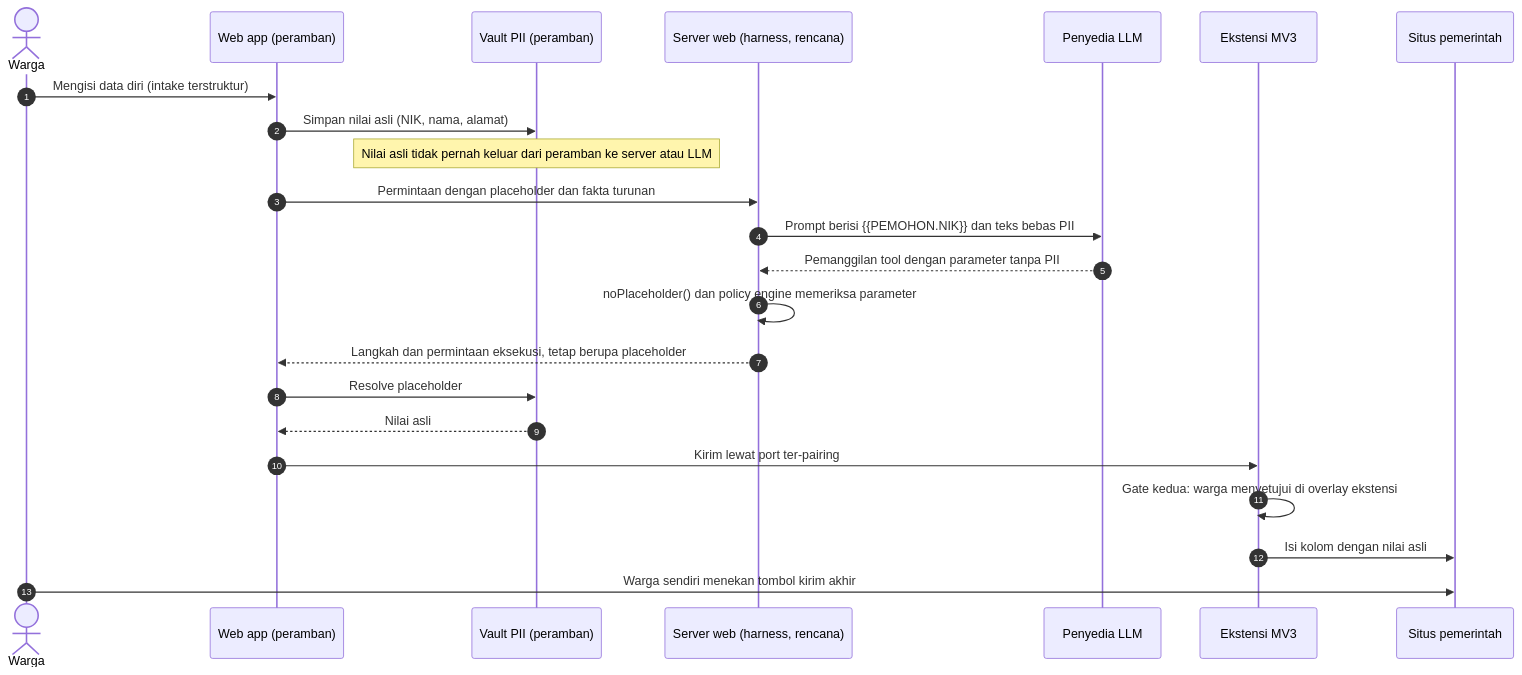
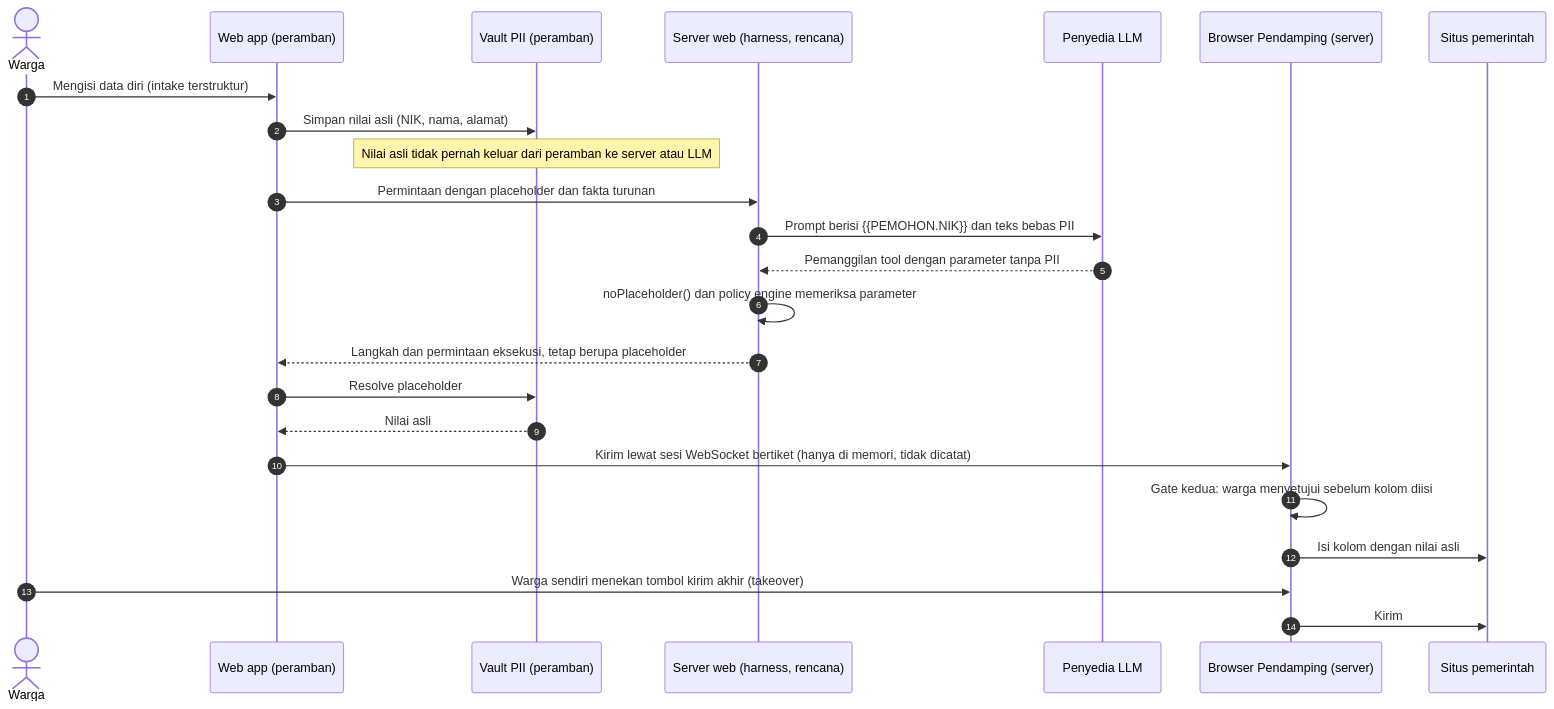
The third of 3 diagrams in docs/arsitektur.md (bynguts/urusin), drawn with Mermaid before and after one commit. The commit also changed other lines of this file and 59 other files, not shown here.

First line of the commit message:
chore: remove chrome extension (replaced by browser pendamping)

````diff
--- a/docs/arsitektur.md
+++ b/docs/arsitektur.md
@@ -98,26 +97,27 @@
 ```mermaid
 sequenceDiagram
   autonumber
   actor W as Warga
   participant UI as Web app (peramban)
   participant V as Vault PII (peramban)
   participant S as Server web (harness, rencana)
   participant L as Penyedia LLM
-  participant E as Ekstensi MV3
+  participant E as Browser Pendamping (server)
   participant G as Situs pemerintah
 
   W->>UI: Mengisi data diri (intake terstruktur)
   UI->>V: Simpan nilai asli (NIK, nama, alamat)
   Note over V: Nilai asli tidak pernah keluar dari peramban ke server atau LLM
   UI->>S: Permintaan dengan placeholder dan fakta turunan
   S->>L: Prompt berisi {{PEMOHON.NIK}} dan teks bebas PII
   L-->>S: Pemanggilan tool dengan parameter tanpa PII
   S->>S: noPlaceholder() dan policy engine memeriksa parameter
   S-->>UI: Langkah dan permintaan eksekusi, tetap berupa placeholder
   UI->>V: Resolve placeholder
   V-->>UI: Nilai asli
-  UI->>E: Kirim lewat port ter-pairing
-  E->>E: Gate kedua: warga menyetujui di overlay ekstensi
+  UI->>E: Kirim lewat sesi WebSocket bertiket (hanya di memori, tidak dicatat)
+  E->>E: Gate kedua: warga menyetujui sebelum kolom diisi
   E->>G: Isi kolom dengan nilai asli
-  W->>G: Warga sendiri menekan tombol kirim akhir
+  W->>E: Warga sendiri menekan tombol kirim akhir (takeover)
+  E->>G: Kirim
 ```
````
